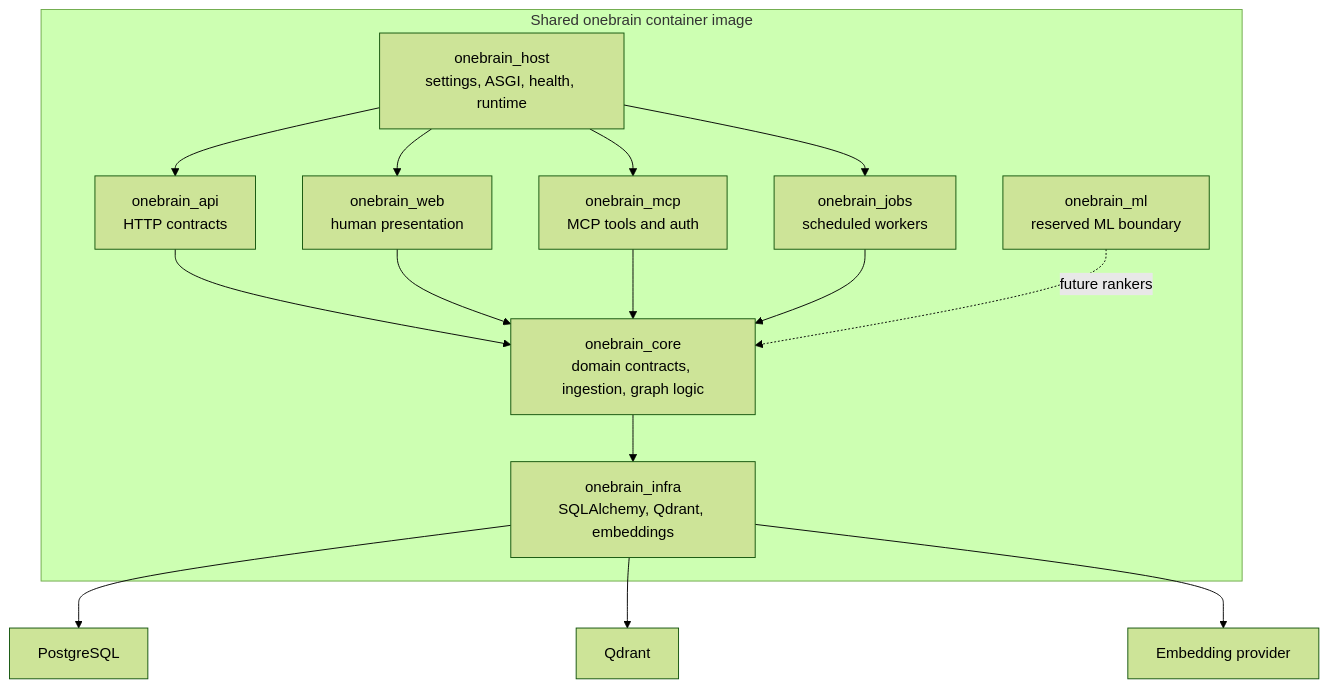
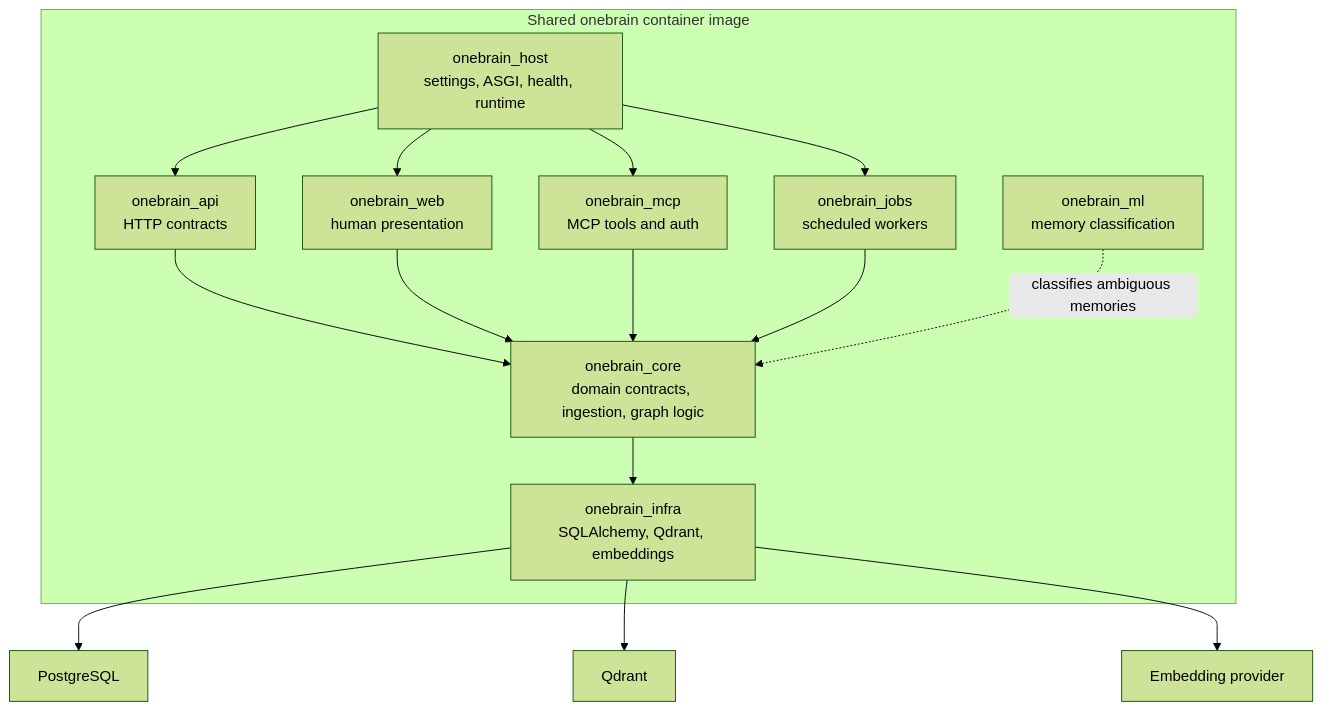
The second of 3 diagrams in README.md (viamus/one-brain), drawn with Mermaid (forest theme) before and after one commit. The commit also changed other lines of this file and 27 other files, not shown here.

Commit message:
feat: add memory classification and persistent local stack

````diff
--- a/README.md
+++ b/README.md
@@ -55,27 +57,27 @@
 ```mermaid
 flowchart TB
     subgraph Image["Shared onebrain container image"]
         Host["onebrain_host<br/>settings, ASGI, health, runtime"]
         API["onebrain_api<br/>HTTP contracts"]
         Web["onebrain_web<br/>human presentation"]
         MCP["onebrain_mcp<br/>MCP tools and auth"]
         Jobs["onebrain_jobs<br/>scheduled workers"]
         Core["onebrain_core<br/>domain contracts, ingestion, graph logic"]
         Infra["onebrain_infra<br/>SQLAlchemy, Qdrant, embeddings"]
-        ML["onebrain_ml<br/>reserved ML boundary"]
+        ML["onebrain_ml<br/>memory classification"]
     end
 
     Host --> API
     Host --> Web
     Host --> MCP
     Host --> Jobs
     API --> Core
     Web --> Core
     MCP --> Core
     Jobs --> Core
     Core --> Infra
     Infra --> DB["PostgreSQL"]
     Infra --> Vector["Qdrant"]
     Infra --> Embeddings["Embedding provider"]
-    ML -. future rankers .-> Core
+    ML -. classifies ambiguous memories .-> Core
 ```
````
